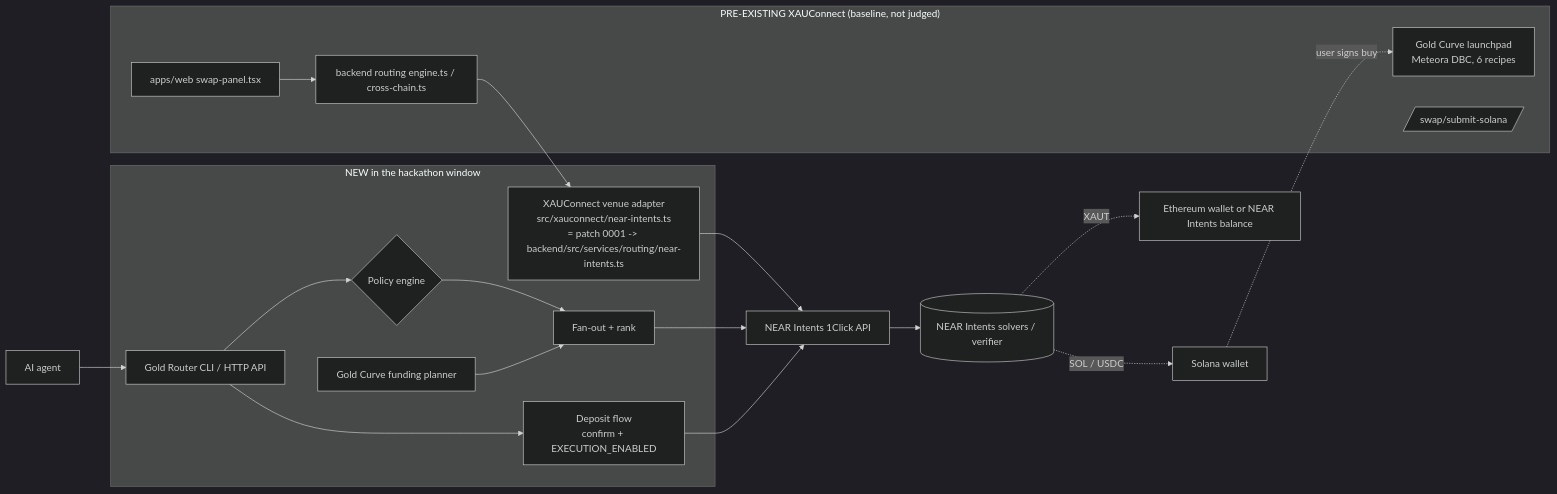
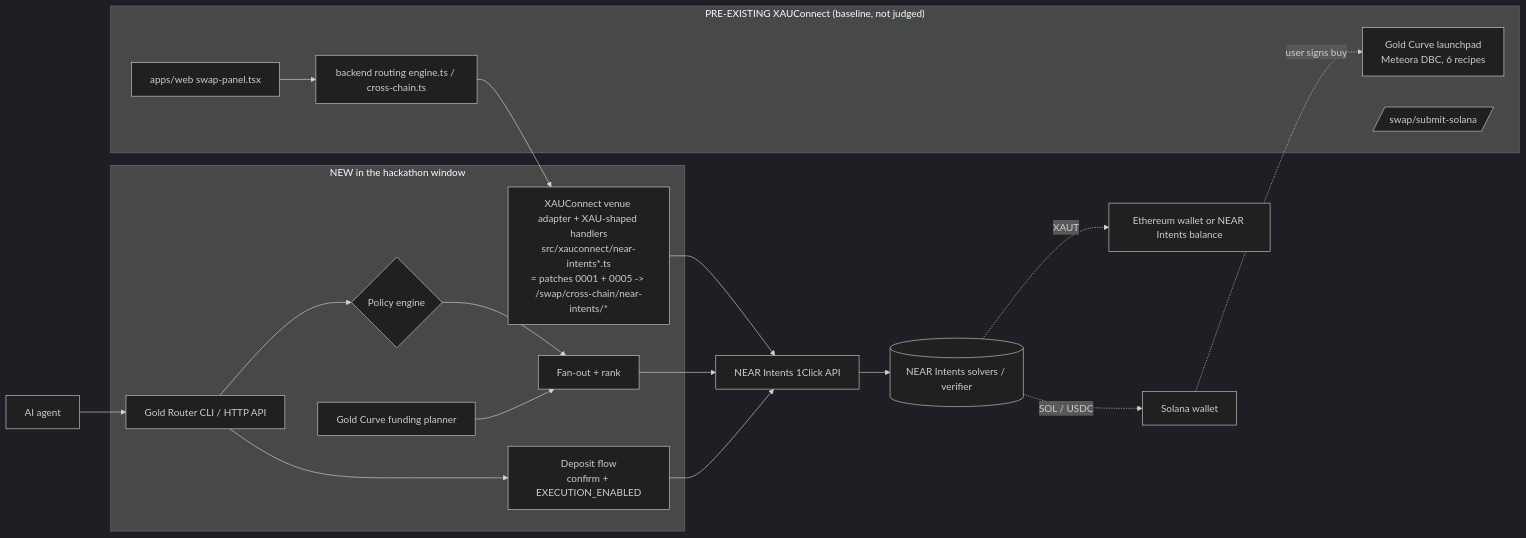
The diagram in README.md (akhilexx/xauconnect-gold-router), drawn with Mermaid (dark theme) before and after one commit. The commit also changed other lines of this file and 7 other files, not shown here.

Commit message:
Hosted demo: DEMO_PUBLIC read-only mode (execute/submit/build 403, per-IP rate limit, no secrets), XAU-shaped endpoint on the router, Fund panel on demo page, render.yaml + docs/HOSTED-DEMO.md

````diff
--- a/README.md
+++ b/README.md
@@ -61,25 +63,25 @@
 ```mermaid
 flowchart LR
   subgraph NEW["NEW in the hackathon window"]
     API[Gold Router CLI / HTTP API]
     P{Policy engine}
     F[Fan-out + rank]
     GC[Gold Curve funding planner]
     EX[Deposit flow<br/>confirm + EXECUTION_ENABLED]
-    ADP[XAUConnect venue adapter<br/>src/xauconnect/near-intents.ts<br/>= patch 0001 -> backend/src/services/routing/near-intents.ts]
+    ADP[XAUConnect venue adapter + XAU-shaped handlers<br/>src/xauconnect/near-intents*.ts<br/>= patches 0001 + 0005 -> /swap/cross-chain/near-intents/*]
   end
   subgraph OLD["PRE-EXISTING XAUConnect (baseline, not judged)"]
     WEB[apps/web swap-panel.tsx]
     ENG[backend routing engine.ts / cross-chain.ts]
     GCX[Gold Curve launchpad<br/>Meteora DBC, 6 recipes]
     SUB[/swap/submit-solana/]
   end
   AG[AI agent] --> API
   WEB --> ENG --> ADP --> OC
   API --> P --> F --> OC[NEAR Intents 1Click API]
   API --> EX --> OC
   GC --> F
   OC --> SOLV[(NEAR Intents solvers / verifier)]
   SOLV -.XAUT.-> ETH[Ethereum wallet or NEAR Intents balance]
   SOLV -.SOL / USDC.-> SOLW[Solana wallet] -.user signs buy.-> GCX
 ```
````
